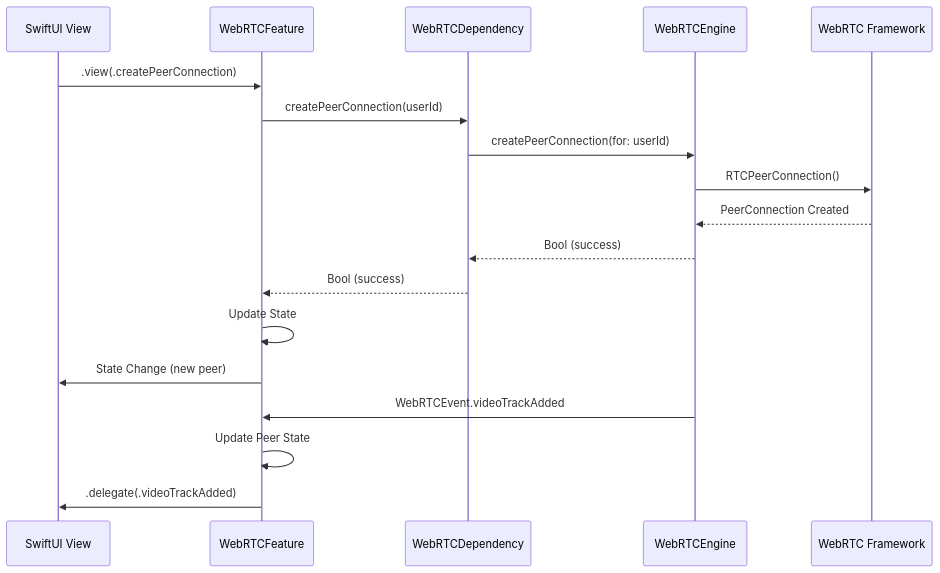
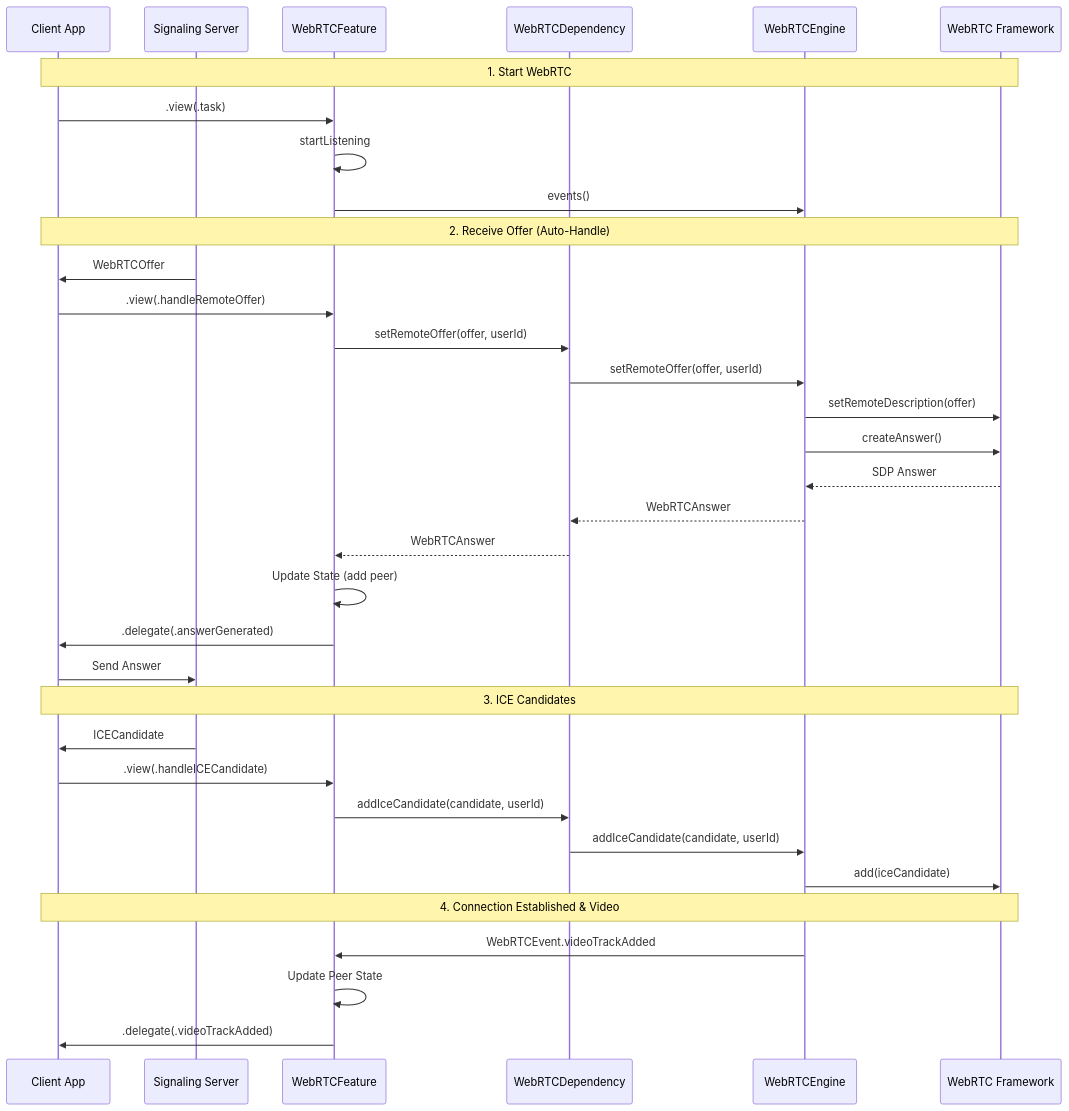
One commit to Paintjed/WebRTCCore changed the second of 2 diagrams in README.md. Above: the diagram before and after it, drawn with Mermaid. The commit also changed other lines of this file, not shown here.

First line of the commit message:
docs: Update README.md for simplified receive-only WebRTC API

````diff
--- a/README.md
+++ b/README.md
@@ -225,22 +318,40 @@
 ```mermaid
 sequenceDiagram
-    participant UI as SwiftUI View
+    participant App as Client App
+    participant Sig as Signaling Server
     participant F as WebRTCFeature
     participant D as WebRTCDependency
     participant E as WebRTCEngine
     participant W as WebRTC Framework
     
-    UI->>F: .view(.createPeerConnection)
-    F->>D: createPeerConnection(userId)
-    D->>E: createPeerConnection(for: userId)
-    E->>W: RTCPeerConnection()
-    W-->>E: PeerConnection Created
-    E-->>D: Bool (success)
-    D-->>F: Bool (success)
-    F->>F: Update State
-    F->>UI: State Change (new peer)
+    Note over App,W: 1. Start WebRTC
+    App->>F: .view(.task)
+    F->>F: startListening
+    F->>E: events()
     
+    Note over App,W: 2. Receive Offer (Auto-Handle)
+    Sig->>App: WebRTCOffer
+    App->>F: .view(.handleRemoteOffer)
+    F->>D: setRemoteOffer(offer, userId)
+    D->>E: setRemoteOffer(offer, userId)
+    E->>W: setRemoteDescription(offer)
+    E->>W: createAnswer()
+    W-->>E: SDP Answer
+    E-->>D: WebRTCAnswer
+    D-->>F: WebRTCAnswer
+    F->>F: Update State (add peer)
+    F->>App: .delegate(.answerGenerated)
+    App->>Sig: Send Answer
+    
+    Note over App,W: 3. ICE Candidates
+    Sig->>App: ICECandidate
+    App->>F: .view(.handleICECandidate)
+    F->>D: addIceCandidate(candidate, userId)
+    D->>E: addIceCandidate(candidate, userId)
+    E->>W: add(iceCandidate)
+    
+    Note over App,W: 4. Connection Established & Video
     E->>F: WebRTCEvent.videoTrackAdded
     F->>F: Update Peer State
-    F->>UI: .delegate(.videoTrackAdded)
+    F->>App: .delegate(.videoTrackAdded)
 ```
````
